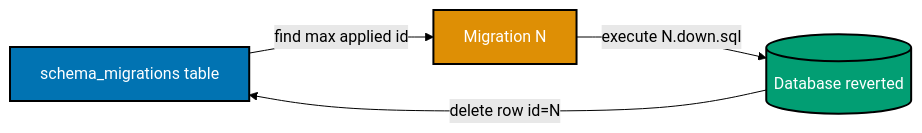
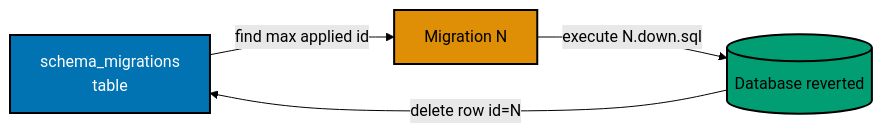
One commit to wahidyankf/ose-public changed the second of 2 diagrams in apps/ayokoding-www/content/en/learn/legacy/software-engineering/data/tools/clojure-migratus/by-example/intermediate.md. Above: the diagram before and after it, drawn with Mermaid (forest theme). The commit also changed other lines of this file and 131 other files, not shown here.

First line of the commit message:
fix(mermaid): bring the legacy data, infrastructure, and testing diagrams onto the accessible palette

````diff
--- a/apps/ayokoding-www/content/en/learn/legacy/software-engineering/data/tools/clojure-migratus/by-example/intermediate.md
+++ b/apps/ayokoding-www/content/en/learn/legacy/software-engineering/data/tools/clojure-migratus/by-example/intermediate.md
@@ -139,12 +147,18 @@
 ```mermaid
 %% Color Palette: Blue #0173B2, Orange #DE8F05, Teal #029E73, Purple #CC78BC, Brown #CA9161
 %% Rollback: reverts one migration
 graph LR
-    A[schema_migrations table] -->|find max applied id| B[Migration N]
+    accTitle: Example 33: Rollback Command
+    accDescr: Graph with 3 nodes and 3 connections. Nodes: schema_migrations table, Migration N, Database reverted. Connections: schema_migrations table to Migration N (find max applied id), Migration N to Database reverted (execute N.down.sql), Database reverted to schema_migrations table (delete row id=N).
+    A[schema_migrations<br/>table] -->|find max applied id| B[Migration N]
     B -->|execute N.down.sql| C[(Database reverted)]
     C -->|delete row id=N| A
 
-    style A fill:#0173B2,stroke:#000000,color:#FFFFFF,stroke-width:2px
-    style B fill:#DE8F05,stroke:#000000,color:#FFFFFF,stroke-width:2px
-    style C fill:#029E73,stroke:#000000,color:#FFFFFF,stroke-width:2px
+    classDef pal-0173B2 fill:#0173B2,stroke:#000000,color:#FFFFFF,stroke-width:2px
+    class A pal-0173B2
+    classDef pal-DE8F05 fill:#DE8F05,stroke:#000000,color:#000000,stroke-width:2px
+    class B pal-DE8F05
+    classDef pal-029E73 fill:#029E73,stroke:#000000,color:#000000,stroke-width:2px
+    class C pal-029E73
+    classDef default fill:#FFFFFF,stroke:#000000,color:#000000
 ```
````
